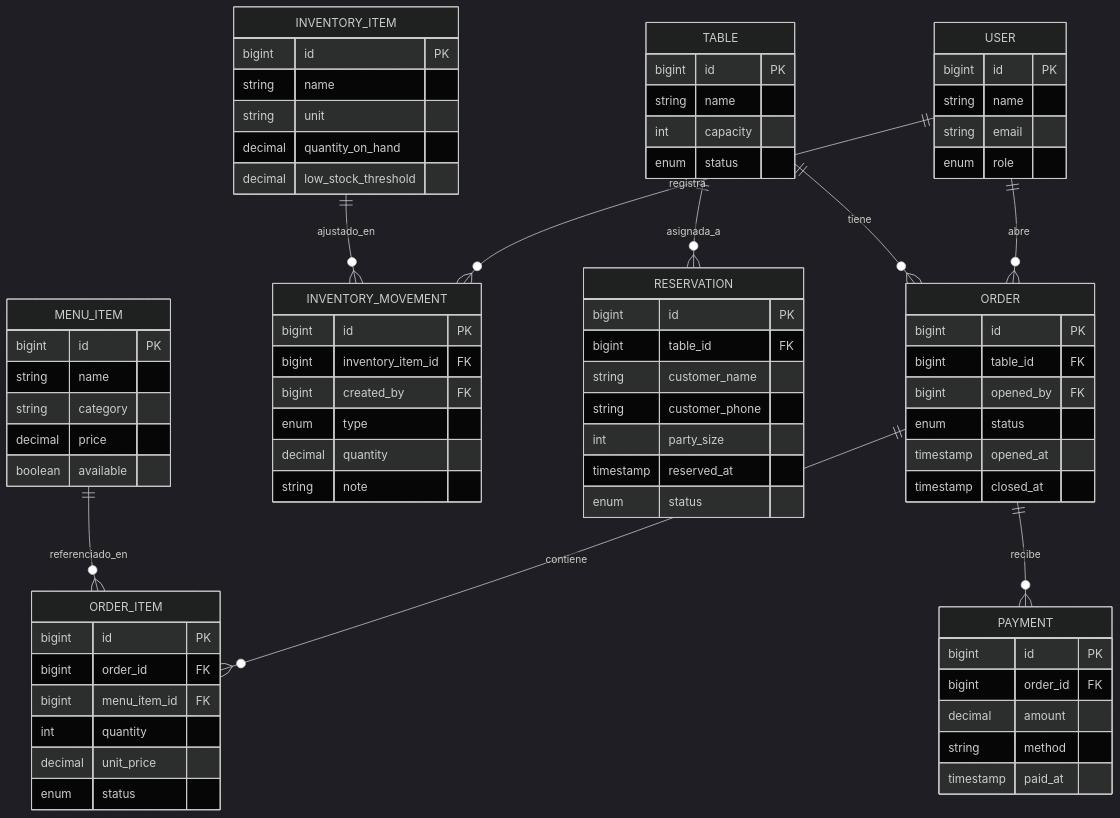
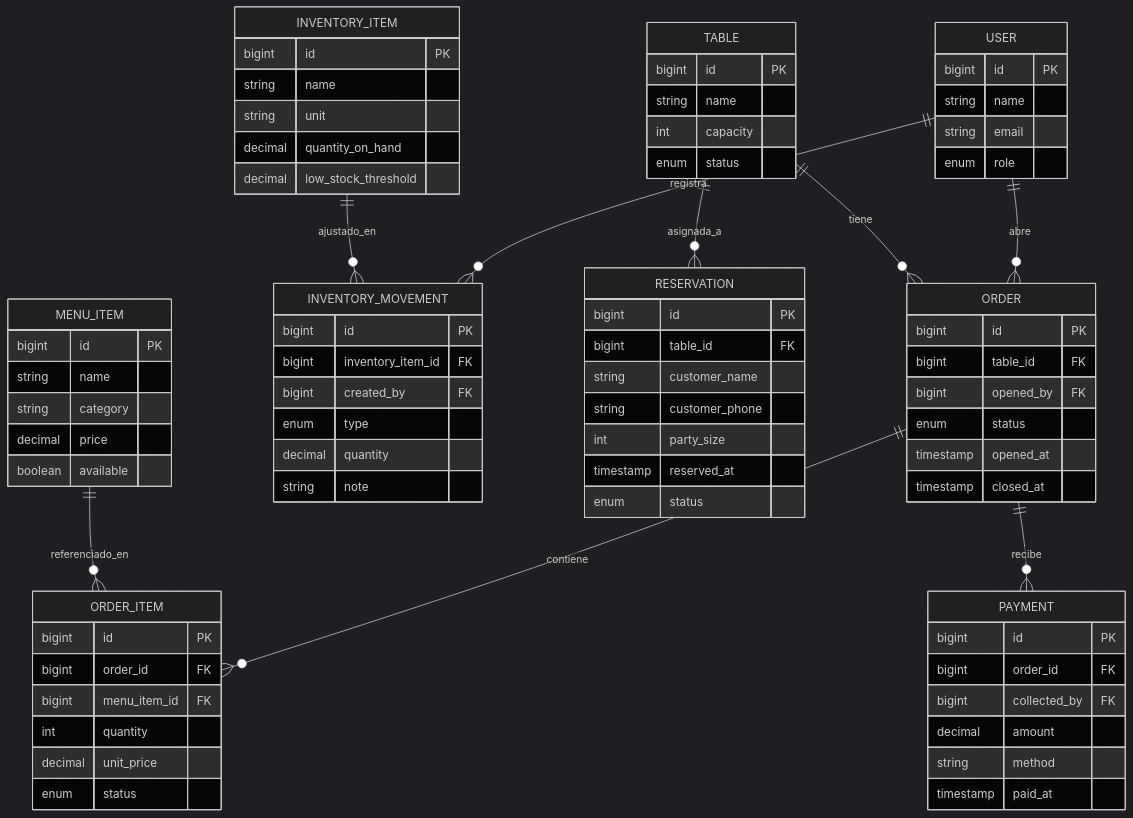
One commit to edgarrm/restaurante-os changed the diagram in _ai/docs/data-model.md. Above: the diagram before and after it, drawn with Mermaid (dark theme). The commit also changed other lines of this file and 15 other files, not shown here.

````diff
--- a/_ai/docs/data-model.md
+++ b/_ai/docs/data-model.md
@@ -154,78 +163,79 @@
 ```mermaid
 erDiagram
     USER ||--o{ ORDER : abre
     USER ||--o{ INVENTORY_MOVEMENT : registra
     TABLE ||--o{ ORDER : tiene
     TABLE ||--o{ RESERVATION : asignada_a
     ORDER ||--o{ ORDER_ITEM : contiene
     ORDER ||--o{ PAYMENT : recibe
     MENU_ITEM ||--o{ ORDER_ITEM : referenciado_en
     INVENTORY_ITEM ||--o{ INVENTORY_MOVEMENT : ajustado_en
 
     USER {
         bigint id PK
         string name
         string email
         enum role
     }
     TABLE {
         bigint id PK
         string name
         int capacity
         enum status
     }
     MENU_ITEM {
         bigint id PK
         string name
         string category
         decimal price
         boolean available
     }
     ORDER {
         bigint id PK
         bigint table_id FK
         bigint opened_by FK
         enum status
         timestamp opened_at
         timestamp closed_at
     }
     ORDER_ITEM {
         bigint id PK
         bigint order_id FK
         bigint menu_item_id FK
         int quantity
         decimal unit_price
         enum status
     }
     PAYMENT {
         bigint id PK
         bigint order_id FK
+        bigint collected_by FK
         decimal amount
         string method
         timestamp paid_at
     }
     RESERVATION {
         bigint id PK
         bigint table_id FK
         string customer_name
         string customer_phone
         int party_size
         timestamp reserved_at
         enum status
     }
     INVENTORY_ITEM {
         bigint id PK
         string name
         string unit
         decimal quantity_on_hand
         decimal low_stock_threshold
     }
     INVENTORY_MOVEMENT {
         bigint id PK
         bigint inventory_item_id FK
         bigint created_by FK
         enum type
         decimal quantity
         string note
     }
 ```
````
